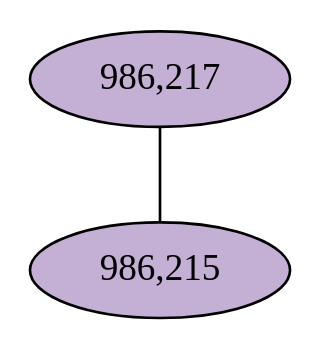
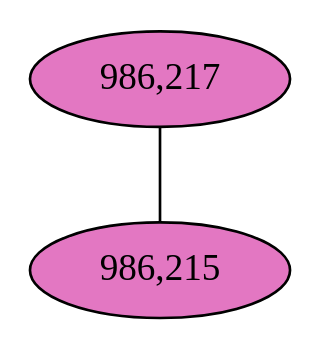
One commit to fedarko/sheepgut changed the diagram in notebooks/graphs/CAMP_cc9.gv. Above: the diagram before and after it, drawn with Graphviz. The commit also changed 48 other files, not shown here.

```diff
--- a/notebooks/graphs/CAMP_cc9.gv
+++ b/notebooks/graphs/CAMP_cc9.gv
@@ -1,7 +1,7 @@
 graph CAMP_cc9 {
 	overlap="prism50";
 	outputorder="edgesfirst";
-	"986,217" [style="filled", fillcolor="#c5b0d5", fontcolor="#000000"];
-	"986,215" [style="filled", fillcolor="#c5b0d5", fontcolor="#000000"];
+	"986,217" [style="filled", fillcolor="#e377c2", fontcolor="#000000"];
+	"986,215" [style="filled", fillcolor="#e377c2", fontcolor="#000000"];
 	"986,217" -- "986,215";
 }
```
